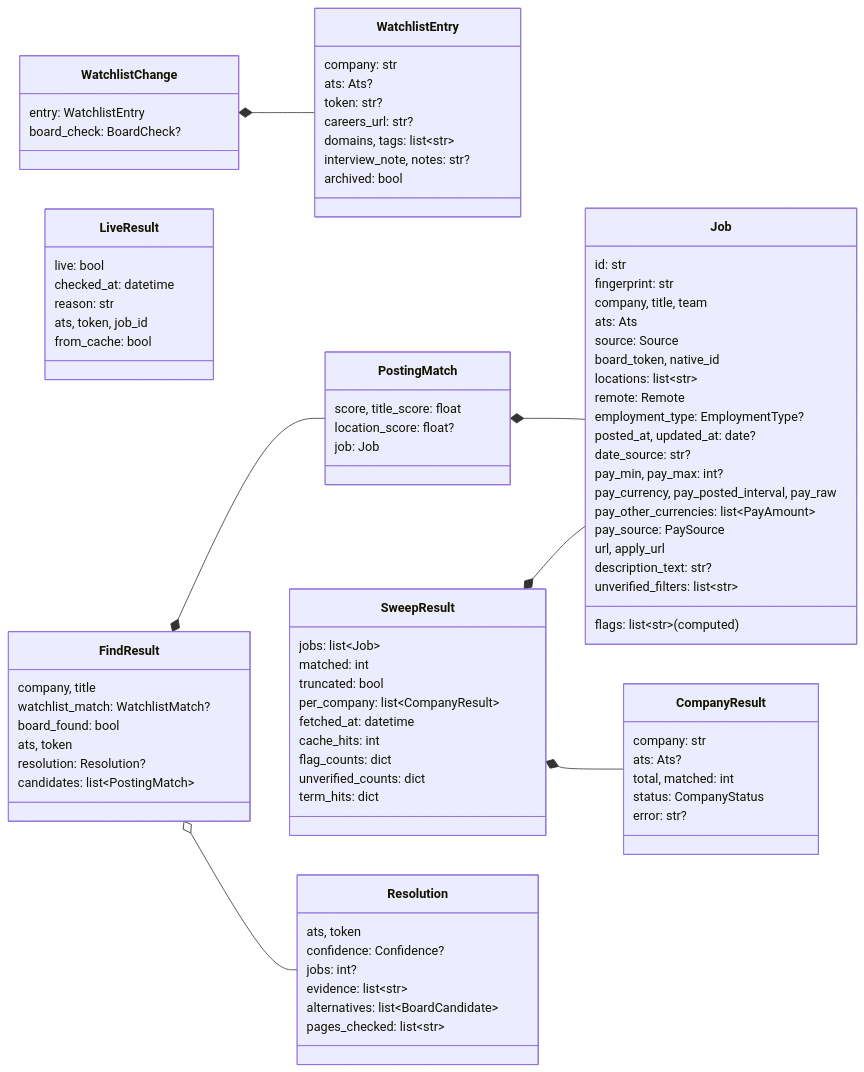
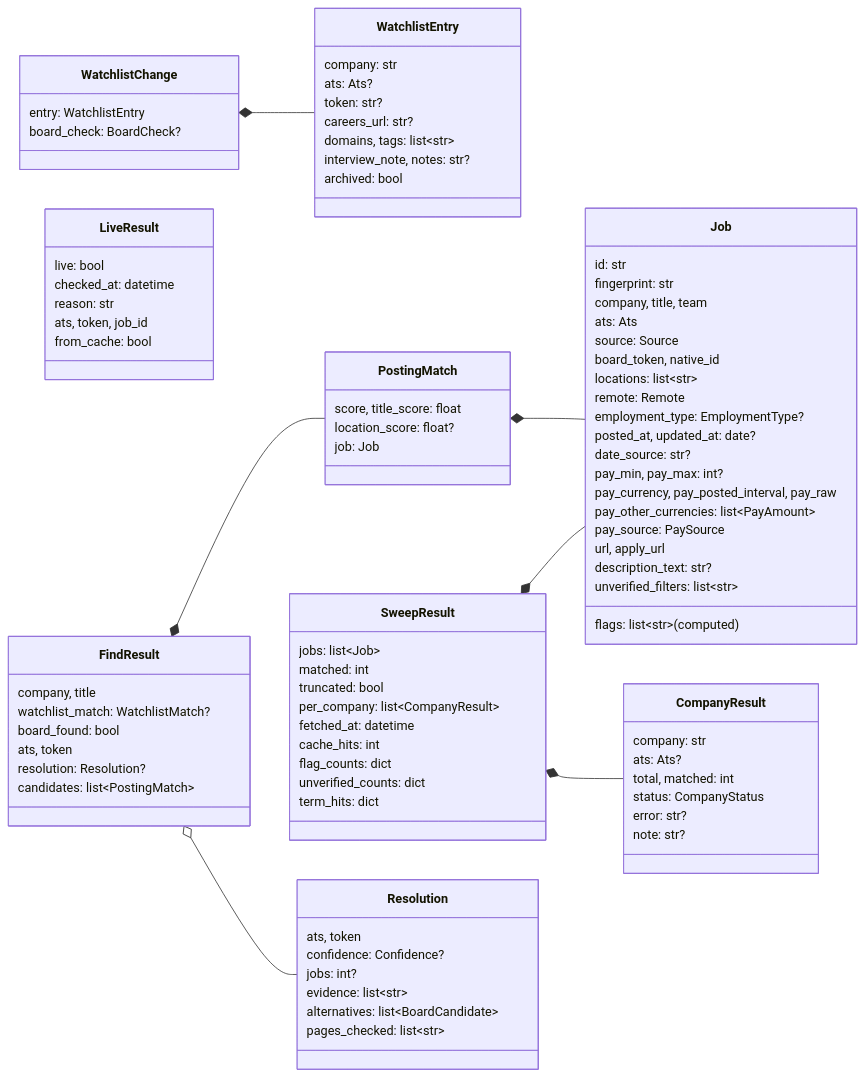
One commit to HakujouRyu/jobboard-mcp changed the sixth of 7 diagrams in docs/architecture.md. Above: the diagram before and after it, drawn with Mermaid. The commit also changed other lines of this file and 12 other files, not shown here.

```diff
--- a/docs/architecture.md
+++ b/docs/architecture.md
@@ -343,6 +349,7 @@
         total, matched: int
         status: CompanyStatus
         error: str?
+        note: str?
     }
     class FindResult {
         company, title
```
